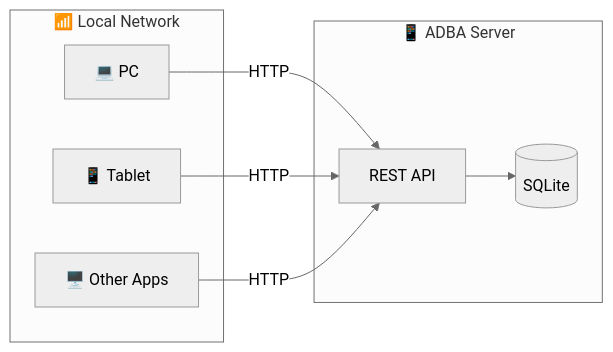
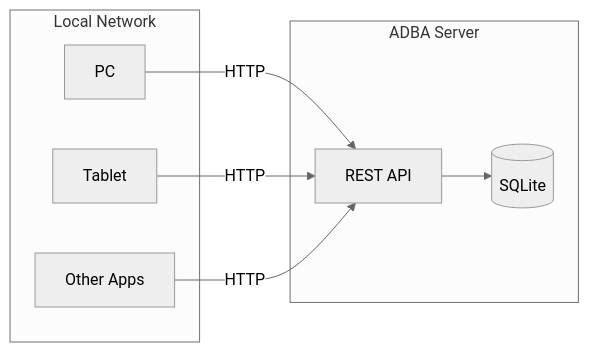
Before and after one commit to Garletz/ADBA-ANDROIDATABASE: the first of 2 diagrams in README.md, drawn with Mermaid (neutral theme). The commit also changed other lines of this file, not shown here.

````diff
--- a/README.md
+++ b/README.md
@@ -22,18 +22,18 @@
 ```mermaid
 flowchart LR
-    subgraph LAN["📶 Local Network"]
-        PC["💻 PC"]
-        Tablet["📱 Tablet"]
-        Other["🖥️ Other Apps"]
+    subgraph LAN["Local Network"]
+        PC["PC"]
+        Tablet["Tablet"]
+        Other["Other Apps"]
     end
     
-    subgraph Android["📱 ADBA Server"]
+    subgraph Android["ADBA Server"]
         API["REST API"]
         SQLite[(SQLite)]
     end
     
     PC -->|HTTP| API
     Tablet -->|HTTP| API
     Other -->|HTTP| API
     API --> SQLite
 ```
````
